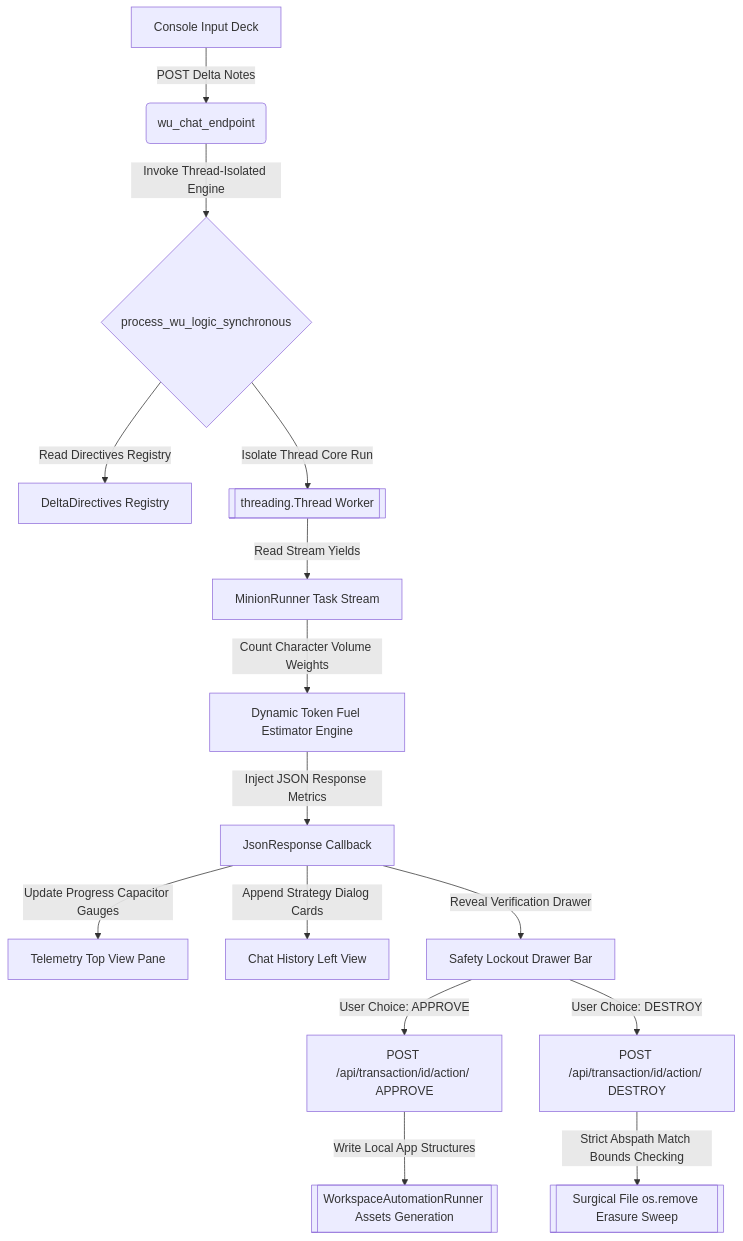
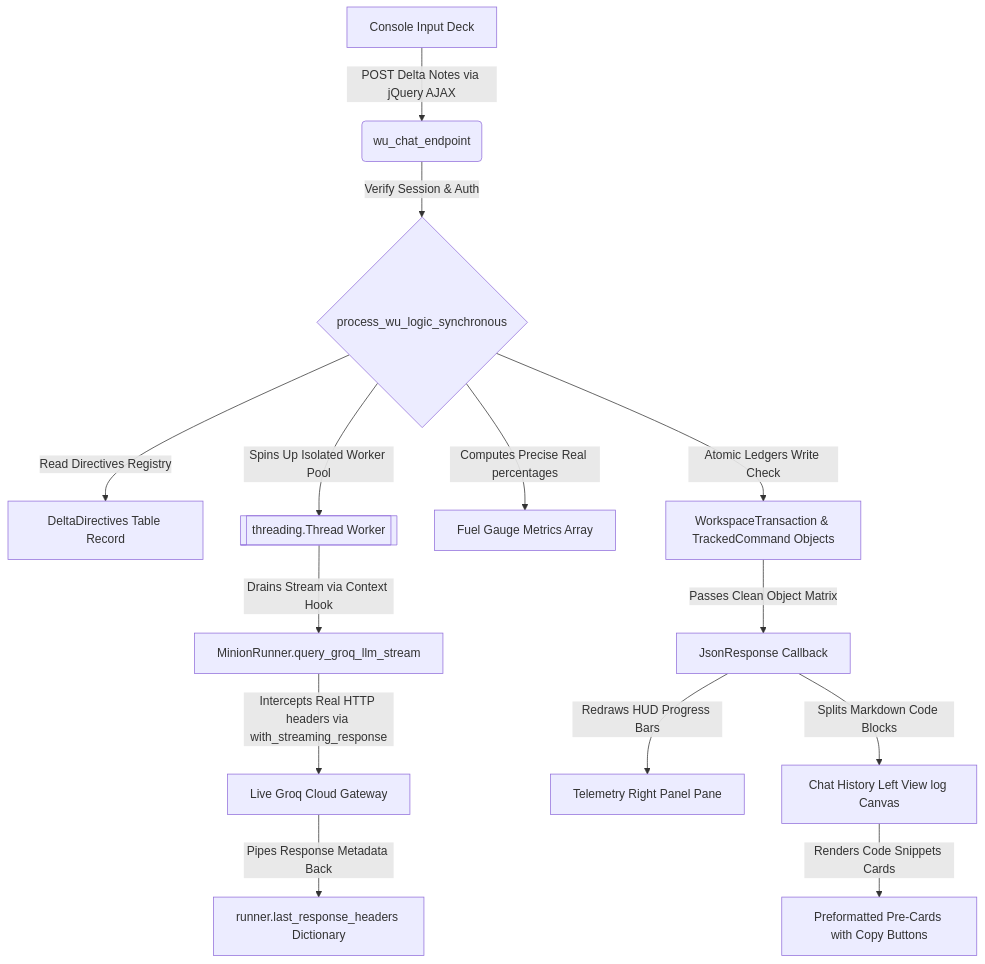
The diagram in project.md (wudelta/seattle-recovery), drawn with Mermaid before and after one commit. The commit also changed other lines of this file and 4 other files, not shown here.

````diff
--- a/project.md
+++ b/project.md
@@ -12,17 +14,16 @@
 ```mermaid
 graph TD
-A[Console Input Deck] -->|POST Delta Notes| B(wu_chat_endpoint)
-B -->|Invoke Thread-Isolated Engine| C{process_wu_logic_synchronous}
-C -->|Read Directives Registry| D[DeltaDirectives Registry]
-C -->|Isolate Thread Core Run| E[[threading.Thread Worker]]
-E -->|Read Stream Yields| F[MinionRunner Task Stream]
-F -->|Count Character Volume Weights| G[Dynamic Token Fuel Estimator Engine]
-G -->|Inject JSON Response Metrics| H[JsonResponse Callback]
-H -->|Update Progress Capacitor Gauges| I[Telemetry Top View Pane]
-H -->|Append Strategy Dialog Cards| J[Chat History Left View]
-H -->|Reveal Verification Drawer| K[Safety Lockout Drawer Bar]
-K -->|User Choice: APPROVE| L[POST /api/transaction/id/action/ APPROVE]
-L -->|Write Local App Structures| M[[WorkspaceAutomationRunner Assets Generation]]
-K -->|User Choice: DESTROY| N[POST /api/transaction/id/action/ DESTROY]
-N -->|Strict Abspath Match Bounds Checking| O[[Surgical File os.remove Erasure Sweep]]
+    A[Console Input Deck] -->|POST Delta Notes via jQuery AJAX| B(wu_chat_endpoint)
+    B -->|Verify Session & Auth| C{process_wu_logic_synchronous}
+    C -->|Read Directives Registry| D[DeltaDirectives Table Record]
+    C -->|Spins Up Isolated Worker Pool| E[[threading.Thread Worker]]
+    E -->|Drains Stream via Context Hook| F[MinionRunner.query_groq_llm_stream]
+    F -->|Intercepts Real HTTP headers via with_streaming_response| G[Live Groq Cloud Gateway]
+    G -->|Pipes Response Metadata Back| H[runner.last_response_headers Dictionary]
+    C -->|Computes Precise Real percentages| I[Fuel Gauge Metrics Array]
+    C -->|Atomic Ledgers Write Check| J[WorkspaceTransaction & TrackedCommand Objects]
+    J -->|Passes Clean Object Matrix| K[JsonResponse Callback]
+    K -->|Redraws HUD Progress Bars| L[Telemetry Right Panel Pane]
+    K -->|Splits Markdown Code Blocks| M[Chat History Left View log Canvas]
+    M -->|Renders Code Snippets Cards| N[Preformatted Pre-Cards with Copy Buttons]
 ```
````
